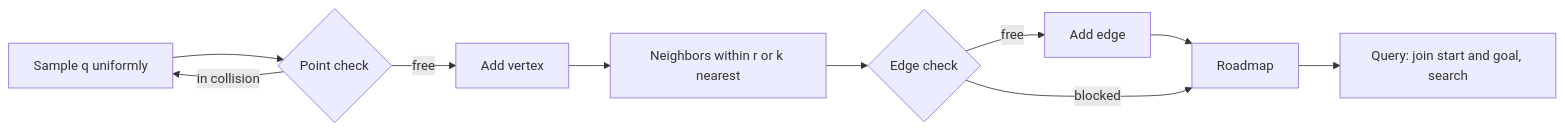
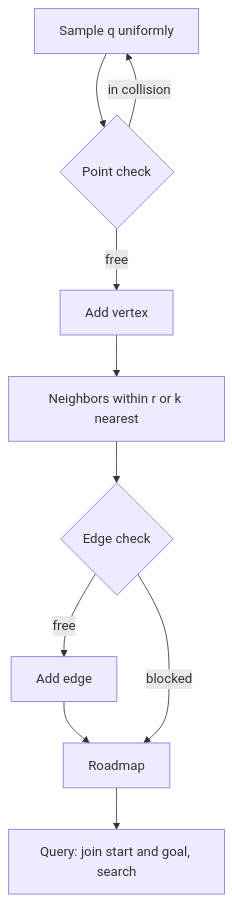
Before and after one commit to acrr-asia/acrr: the diagram in src/content/blog/sampling-based-planning-prm-and-rrt.mdx, drawn with Mermaid. The commit also changed other lines of this file and 9 other files, not shown here.

````diff
--- a/src/content/blog/sampling-based-planning-prm-and-rrt.mdx
+++ b/src/content/blog/sampling-based-planning-prm-and-rrt.mdx
@@ -133,12 +133,12 @@
 ```mermaid
-flowchart LR
+flowchart TB
   A[Sample q uniformly] --> B{Point check}
   B -- in collision --> A
   B -- free --> C[Add vertex]
   C --> D[Neighbors within r or k nearest]
   D --> E{Edge check}
   E -- free --> F[Add edge]
   F --> G[Roadmap]
   E -- blocked --> G
   G --> H[Query: join start and goal, search]
 ```
````
